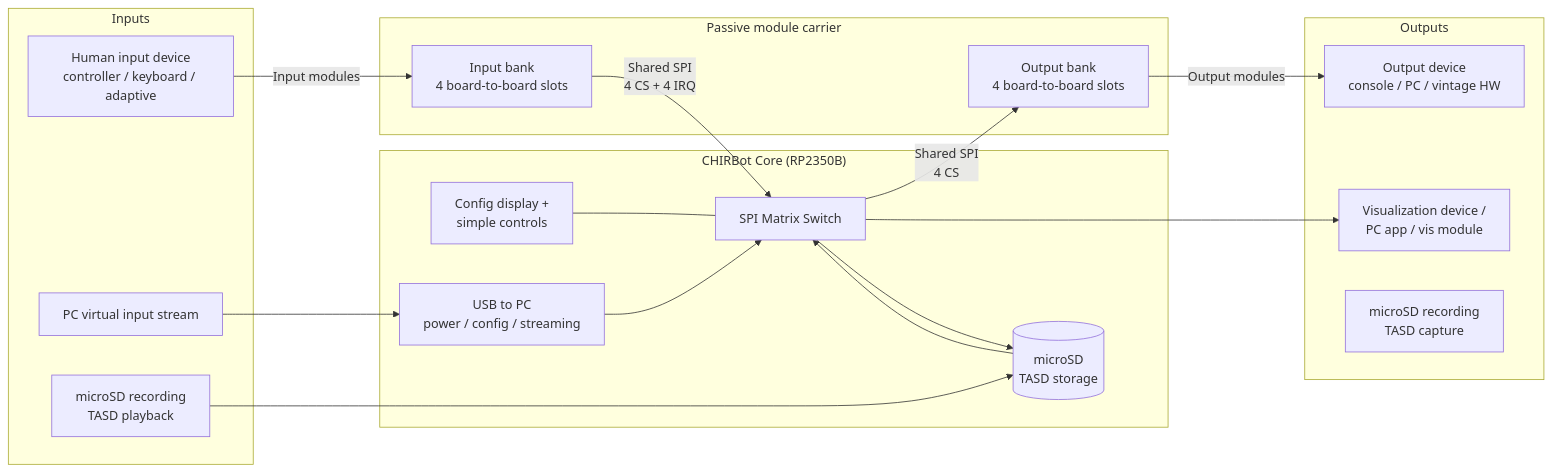
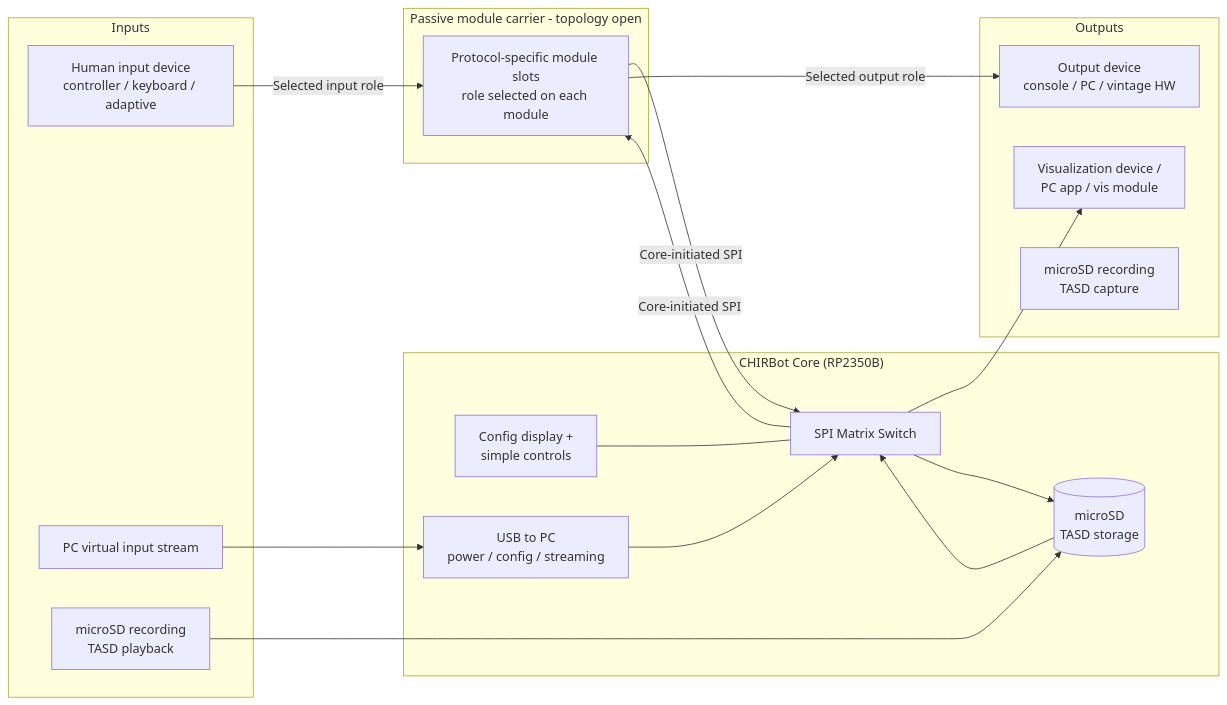
The diagram in docs/ARCHITECTURE.md (Fortinbra/CHIRBot), drawn with Mermaid before and after one commit. The commit also changed other lines of this file and 23 other files, not shown here.

````diff
--- a/docs/ARCHITECTURE.md
+++ b/docs/ARCHITECTURE.md
@@ -62,36 +65,35 @@
 ```mermaid
 flowchart LR
     subgraph Inputs
         HID[Human input device<br/>controller / keyboard / adaptive]
         PC_IN[PC virtual input stream]
         SD_IN[microSD recording<br/>TASD playback]
     end
 
     subgraph Core["CHIRBot Core (RP2350B)"]
         MATRIX[SPI Matrix Switch]
         DISP[Config display +<br/>simple controls]
         SD[(microSD<br/>TASD storage)]
         USB[USB to PC<br/>power / config / streaming]
     end
 
-      subgraph Carrier["Passive module carrier"]
-        IN_BANK[Input bank<br/>4 board-to-board slots]
-        OUT_BANK[Output bank<br/>4 board-to-board slots]
+      subgraph Carrier["Passive module carrier - topology open"]
+        SLOTS[Protocol-specific module slots<br/>role selected on each module]
       end
 
     subgraph Outputs
         OUT[Output device<br/>console / PC / vintage HW]
         VIS[Visualization device /<br/>PC app / vis module]
         SD_OUT[microSD recording<br/>TASD capture]
     end
 
-    HID -->|Input modules| IN_BANK
-    IN_BANK -->|Shared SPI<br/>4 CS + 4 IRQ| MATRIX
+    HID -->|Selected input role| SLOTS
+    SLOTS -->|Core-initiated SPI| MATRIX
     PC_IN --> USB --> MATRIX
     SD_IN --> SD --> MATRIX
-    MATRIX -->|Shared SPI<br/>4 CS| OUT_BANK
-    OUT_BANK -->|Output modules| OUT
+    MATRIX -->|Core-initiated SPI| SLOTS
+    SLOTS -->|Selected output role| OUT
     MATRIX --> VIS
     MATRIX --> SD
     DISP --- MATRIX
 ```
````
